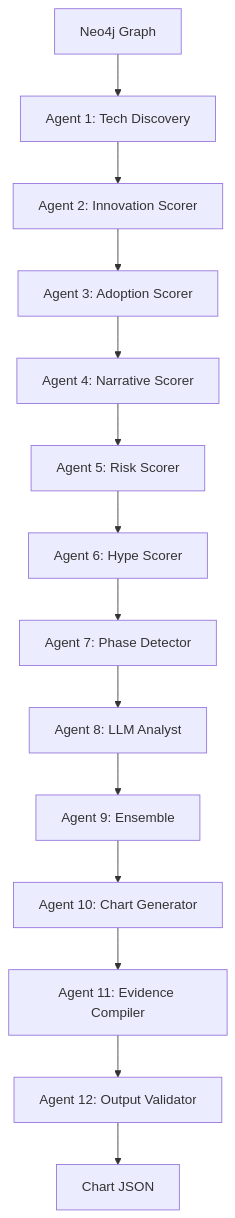
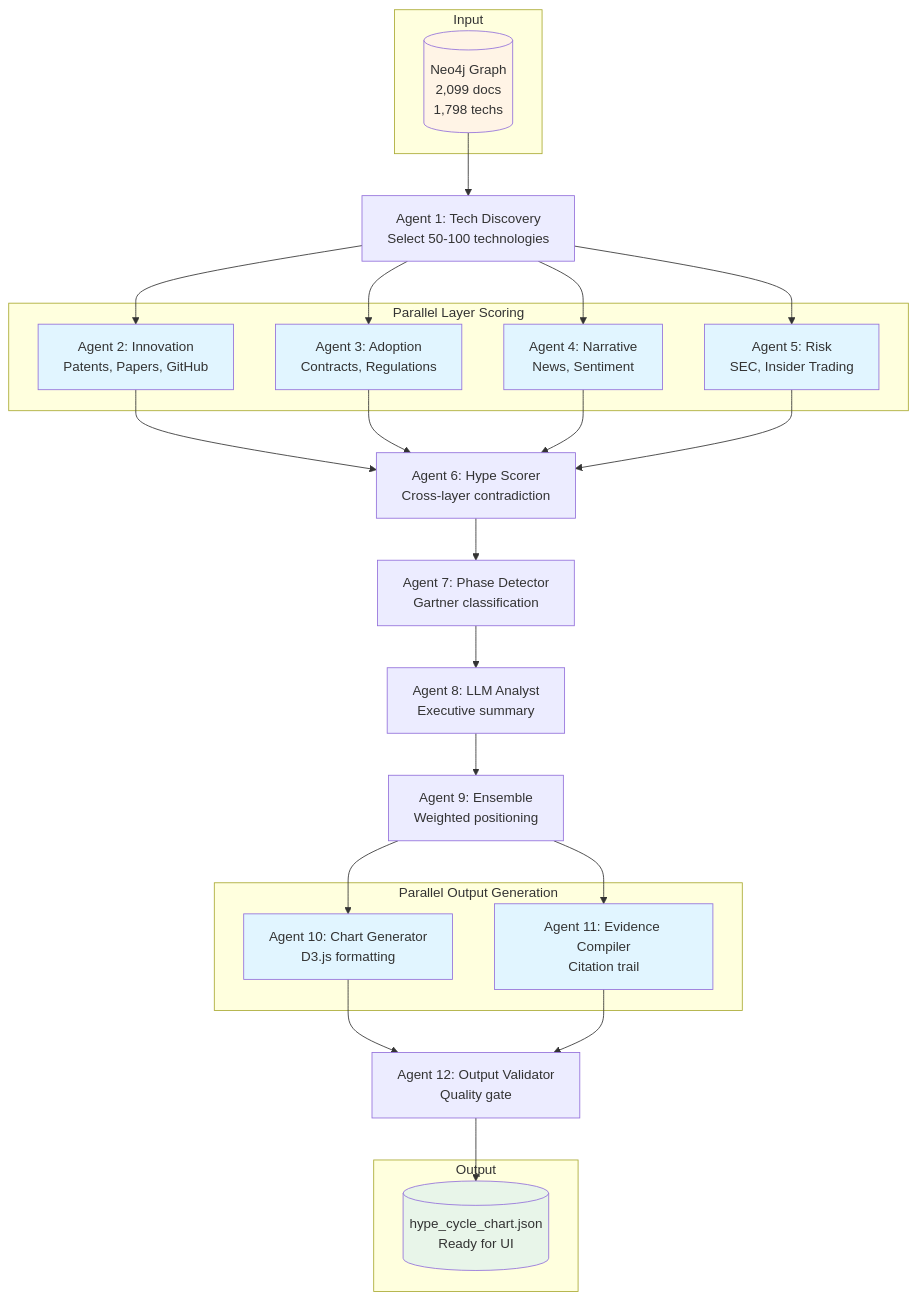
One commit to omontes/pura-vida-sloth changed the first of 5 diagrams in src/agents/README.md. Above: the diagram before and after it, drawn with Mermaid. The commit also changed other lines of this file and 13 other files, not shown here.

First line of the commit message:
docs(agents): enhance README with 5 Mermaid diagrams for system visualization

````diff
--- a/src/agents/README.md
+++ b/src/agents/README.md
@@ -236,16 +57,45 @@
 ```mermaid
-graph TD
-    Start[Neo4j Graph] --> A1[Agent 1: Tech Discovery]
-    A1 --> A2[Agent 2: Innovation Scorer]
-    A2 --> A3[Agent 3: Adoption Scorer]
-    A3 --> A4[Agent 4: Narrative Scorer]
-    A4 --> A5[Agent 5: Risk Scorer]
-    A5 --> A6[Agent 6: Hype Scorer]
-    A6 --> A7[Agent 7: Phase Detector]
-    A7 --> A8[Agent 8: LLM Analyst]
-    A8 --> A9[Agent 9: Ensemble]
-    A9 --> A10[Agent 10: Chart Generator]
-    A10 --> A11[Agent 11: Evidence Compiler]
-    A11 --> A12[Agent 12: Output Validator]
-    A12 --> End[Chart JSON]
+graph TB
+    subgraph Input
+        Neo4j[("Neo4j Graph<br/>2,099 docs<br/>1,798 techs")]
+    end
+
+    Neo4j --> A1[Agent 1: Tech Discovery<br/>Select 50-100 technologies]
+
+    subgraph "Parallel Layer Scoring"
+        A2[Agent 2: Innovation<br/>Patents, Papers, GitHub]
+        A3[Agent 3: Adoption<br/>Contracts, Regulations]
+        A4[Agent 4: Narrative<br/>News, Sentiment]
+        A5[Agent 5: Risk<br/>SEC, Insider Trading]
+    end
+
+    A1 --> A2 & A3 & A4 & A5
+
+    A2 & A3 & A4 & A5 --> A6[Agent 6: Hype Scorer<br/>Cross-layer contradiction]
+    A6 --> A7[Agent 7: Phase Detector<br/>Gartner classification]
+    A7 --> A8[Agent 8: LLM Analyst<br/>Executive summary]
+    A8 --> A9[Agent 9: Ensemble<br/>Weighted positioning]
+
+    subgraph "Parallel Output Generation"
+        A10[Agent 10: Chart Generator<br/>D3.js formatting]
+        A11[Agent 11: Evidence Compiler<br/>Citation trail]
+    end
+
+    A9 --> A10 & A11
+    A10 & A11 --> A12[Agent 12: Output Validator<br/>Quality gate]
+
+    subgraph Output
+        JSON[("hype_cycle_chart.json<br/>Ready for UI")]
+    end
+
+    A12 --> JSON
+
+    style A2 fill:#e1f5ff
+    style A3 fill:#e1f5ff
+    style A4 fill:#e1f5ff
+    style A5 fill:#e1f5ff
+    style A10 fill:#e1f5ff
+    style A11 fill:#e1f5ff
+    style Neo4j fill:#fff4e6
+    style JSON fill:#e8f5e9
 ```
````
